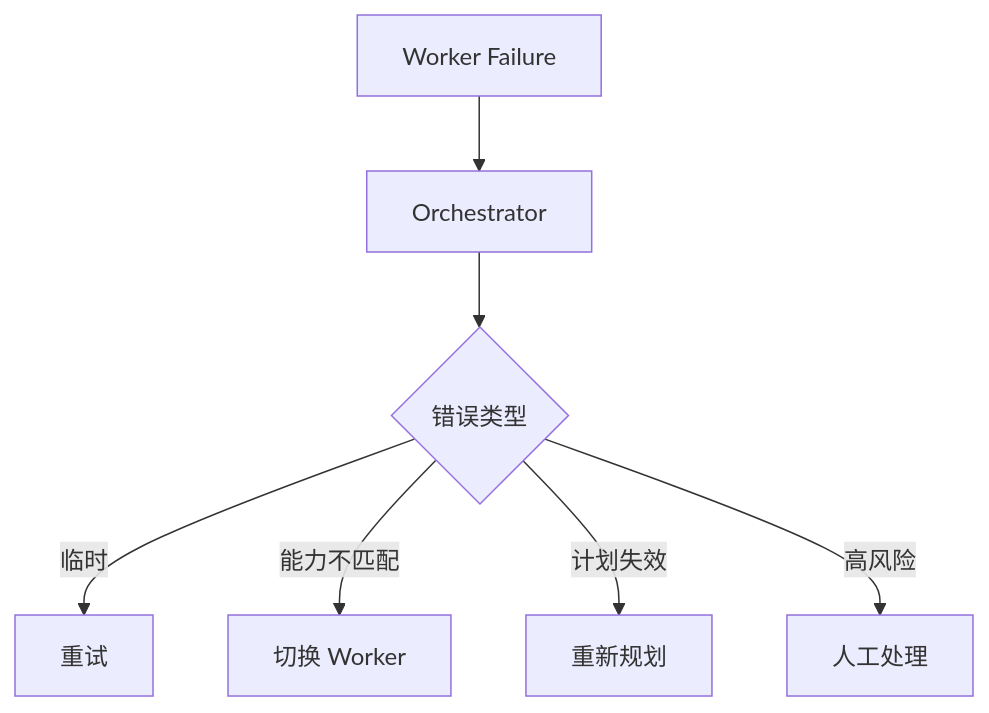
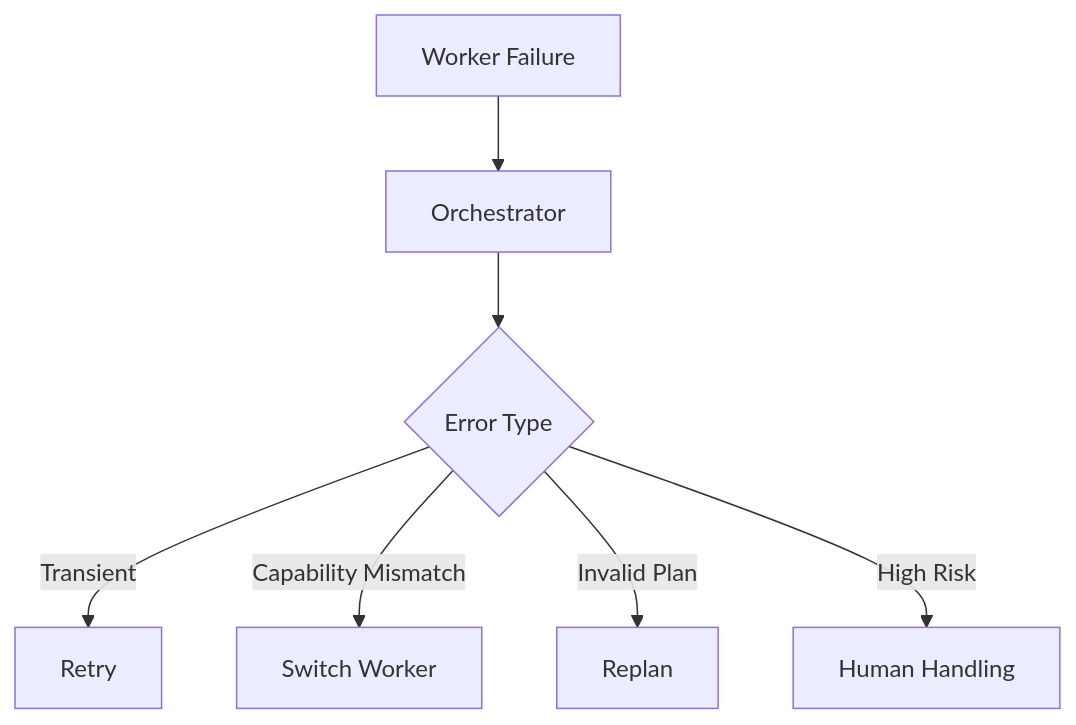
Before and after one commit to oneleaveknowsthefall/awesome-ai-roadmap: diagram 15 of 19 in docs/agent/04-multi-agent/09-single-vs-multi-agent.md, drawn with Mermaid. The commit also changed other lines of this file and 68 other files, not shown here.

````diff
--- a/docs/agent/04-multi-agent/09-single-vs-multi-agent.md
+++ b/docs/agent/04-multi-agent/09-single-vs-multi-agent.md
@@ -783,9 +789,9 @@
 ```mermaid
 flowchart TB
     W[Worker Failure] --> O[Orchestrator]
-    O --> C{错误类型}
-    C -->|临时| R[重试]
-    C -->|能力不匹配| S[切换 Worker]
-    C -->|计划失效| P[重新规划]
-    C -->|高风险| H[人工处理]
+    O --> C{Error Type}
+    C -->|Transient| R[Retry]
+    C -->|Capability Mismatch| S[Switch Worker]
+    C -->|Invalid Plan| P[Replan]
+    C -->|High Risk| H[Human Handling]
 ```
````
